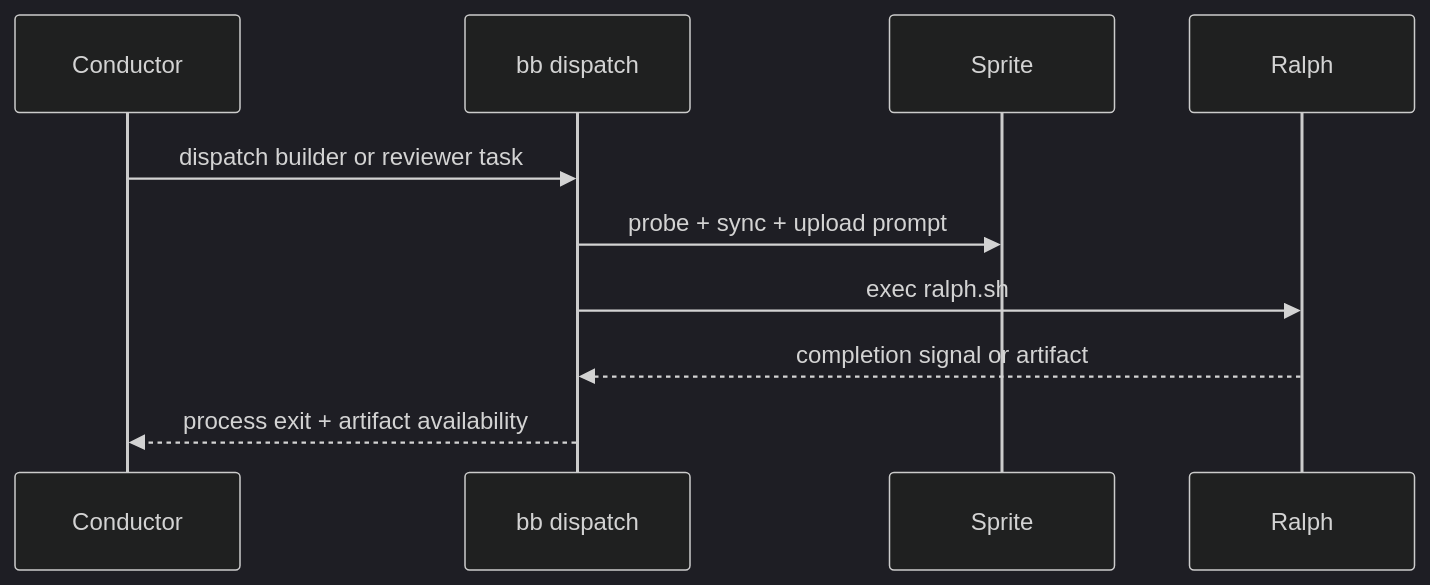
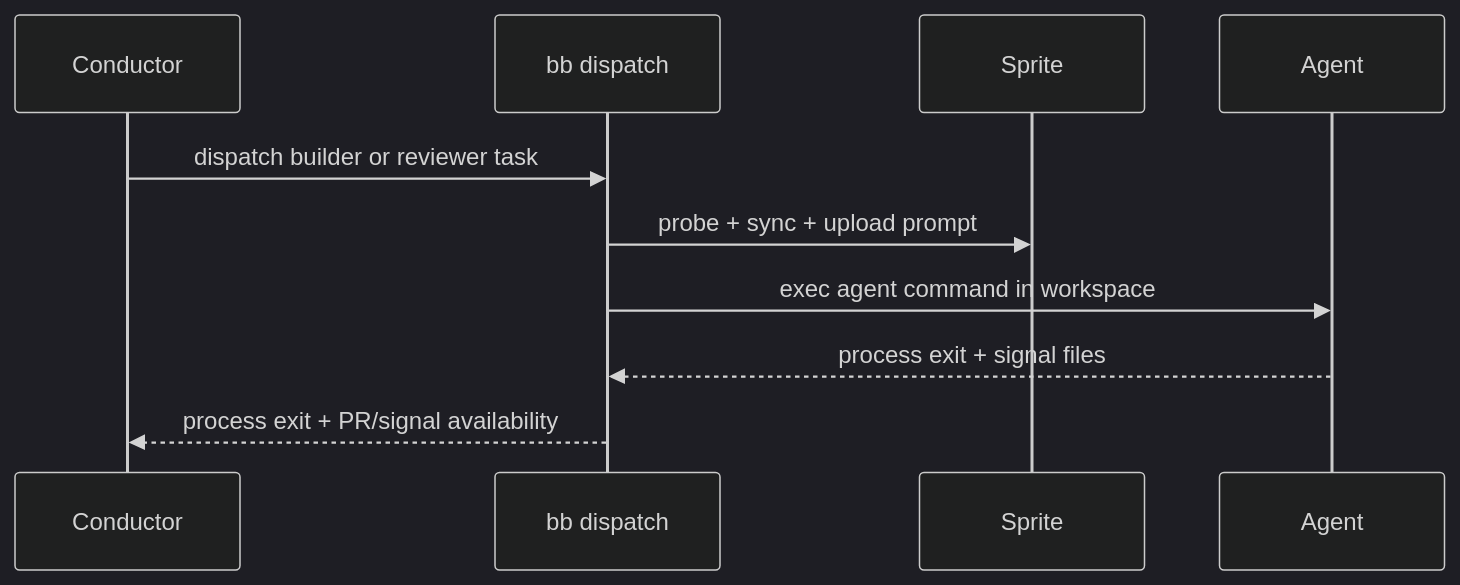
Before and after one commit to misty-step/bitterblossom: the fifth of 5 diagrams in docs/architecture/bb-cli.md, drawn with Mermaid (dark theme). The commit also changed other lines of this file and 38 other files, not shown here.

````diff
--- a/docs/architecture/bb-cli.md
+++ b/docs/architecture/bb-cli.md
@@ -70,13 +68,13 @@
 ```mermaid
 sequenceDiagram
     participant C as Conductor
     participant BB as bb dispatch
     participant S as Sprite
-    participant R as Ralph
+    participant A as Agent
 
     C->>BB: dispatch builder or reviewer task
     BB->>S: probe + sync + upload prompt
-    BB->>R: exec ralph.sh
-    R-->>BB: completion signal or artifact
-    BB-->>C: process exit + artifact availability
+    BB->>A: exec agent command in workspace
+    A-->>BB: process exit + signal files
+    BB-->>C: process exit + PR/signal availability
 ```
````
